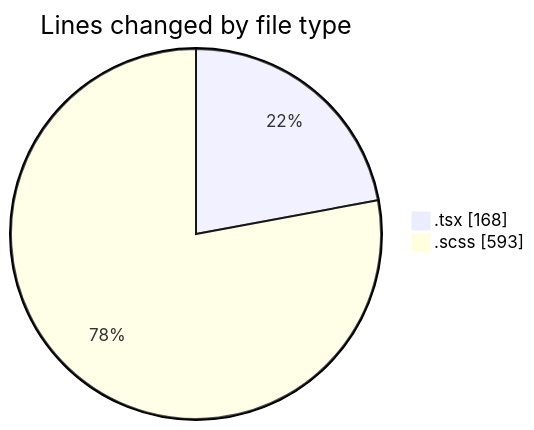
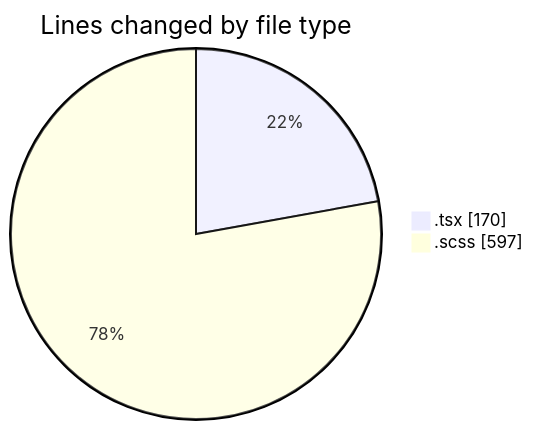
The first of 2 diagrams in 2025-03-27/cda/README.md (momahboobian/code-tracking), drawn with Mermaid before and after one commit. The commit also changed other lines of this file and 1 other file, not shown here.

````diff
--- a/2025-03-27/cda/README.md
+++ b/2025-03-27/cda/README.md
@@ -21,6 +21,6 @@
 ```mermaid
 pie showData
 title Lines changed by file type
-".tsx" : 168
-".scss" : 593
+".tsx" : 170
+".scss" : 597
 ```
````
